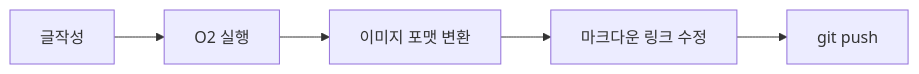
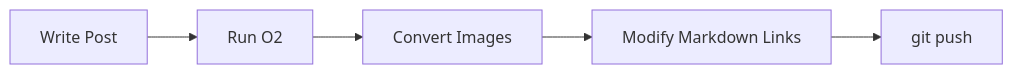
Before and after one commit to songkg7/songkg7.github.io: the first of 2 diagrams in i18n/en/docusaurus-plugin-content-blog/2023-04-26/Image-optimazation-for-SEO.md, drawn with Mermaid. The commit also changed other lines of this file and 8 other files, not shown here.

````diff
--- a/i18n/en/docusaurus-plugin-content-blog/2023-04-26/Image-optimazation-for-SEO.md
+++ b/i18n/en/docusaurus-plugin-content-blog/2023-04-26/Image-optimazation-for-SEO.md
@@ -171,4 +188,4 @@
 ```mermaid
 flowchart LR
-    A[글작성] --> B[O2 실행] --> C[이미지 포맷 변환] --> D[마크다운 링크 수정] --> E[git push]
+    A[Write Post] --> B[Run O2] --> C[Convert Images] --> D[Modify Markdown Links] --> E[git push]
 ```
````
